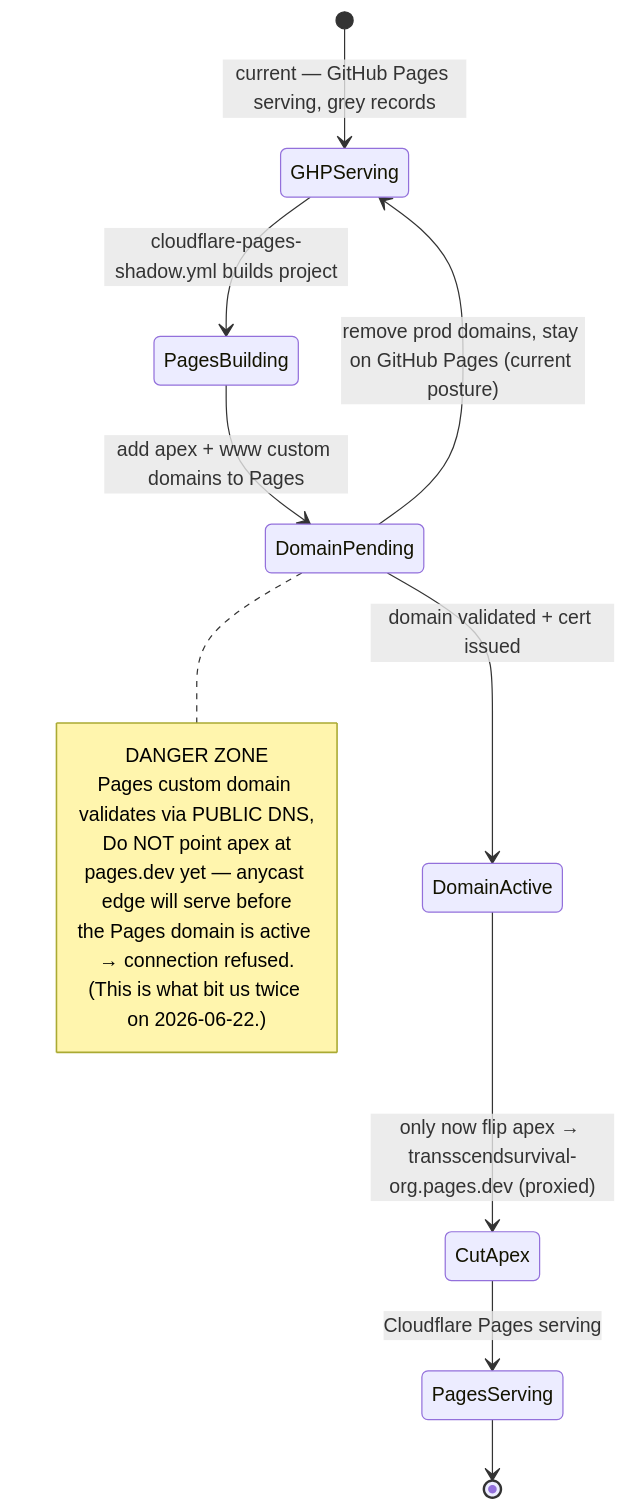
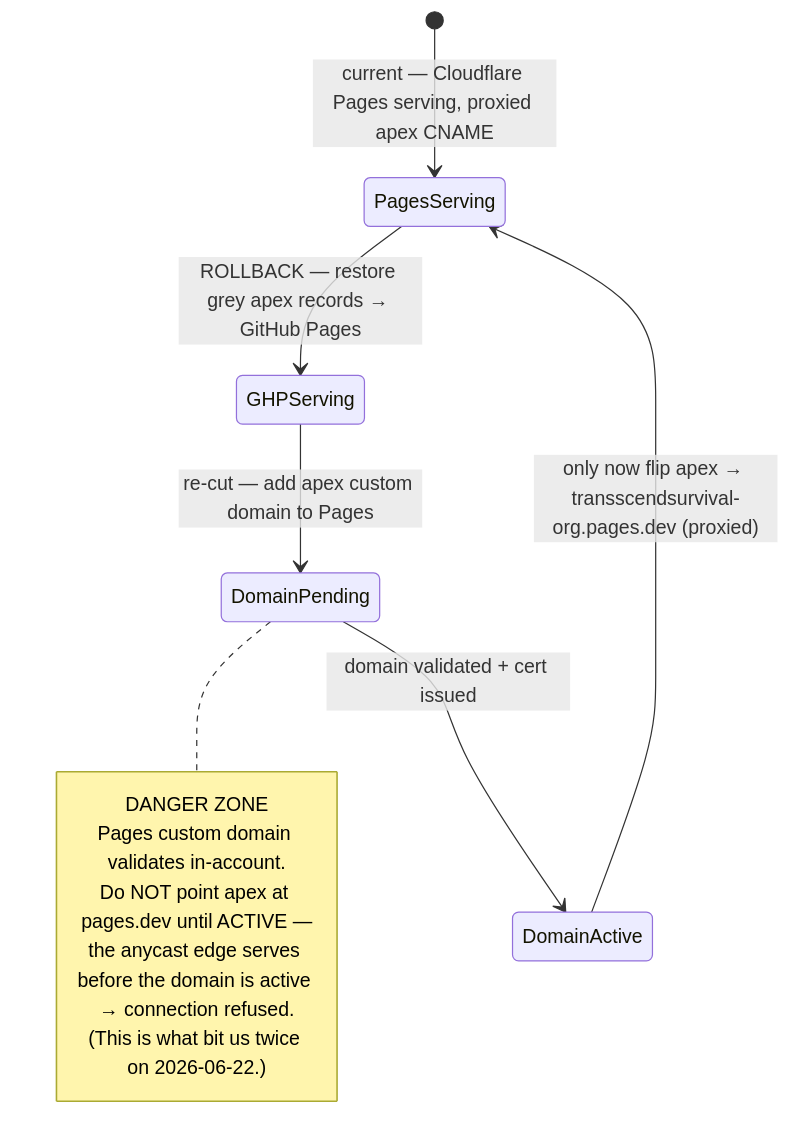
The fourth of 5 diagrams in docs/dns-architecture.md (Jesssullivan/jesssullivan.github.io), drawn with Mermaid before and after one commit. The commit also changed other lines of this file and 2 other files, not shown here.

Commit message:
docs(dns): align guard guidance with pages cutover

````diff
--- a/docs/dns-architecture.md
+++ b/docs/dns-architecture.md
@@ -178,22 +181,15 @@
 ```mermaid
 stateDiagram-v2
-    [*] --> GHPServing: current — GitHub Pages serving, grey records
-    GHPServing --> PagesBuilding: cloudflare-pages-shadow.yml builds project
-
-    PagesBuilding --> DomainPending: add apex + www custom domains to Pages
+    [*] --> PagesServing: current — Cloudflare Pages serving, proxied apex CNAME
+    PagesServing --> GHPServing: ROLLBACK — restore grey apex records → GitHub Pages
+    GHPServing --> DomainPending: re-cut — add apex custom domain to Pages
     note right of DomainPending
         DANGER ZONE
-        Pages custom domain validates via PUBLIC DNS,
-        Do NOT point apex at
-        pages.dev yet — anycast edge will serve before
-        the Pages domain is active → connection refused.
+        Pages custom domain validates in-account.
+        Do NOT point apex at pages.dev until ACTIVE —
+        the anycast edge serves before the domain is active → connection refused.
         (This is what bit us twice on 2026-06-22.)
     end note
-
     DomainPending --> DomainActive: domain validated + cert issued
-    DomainActive --> CutApex: only now flip apex → transscendsurvival-org.pages.dev (proxied)
-    CutApex --> PagesServing: Cloudflare Pages serving
-    PagesServing --> [*]
-
-    DomainPending --> GHPServing: remove prod domains, stay on GitHub Pages (current posture)
+    DomainActive --> PagesServing: only now flip apex → transscendsurvival-org.pages.dev (proxied)
 ```
````
